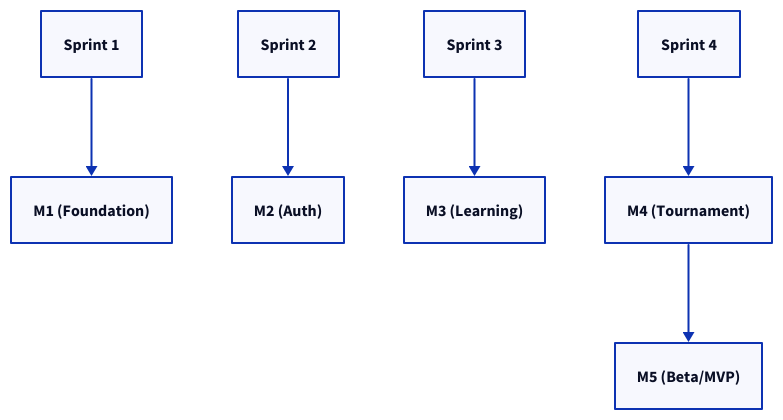
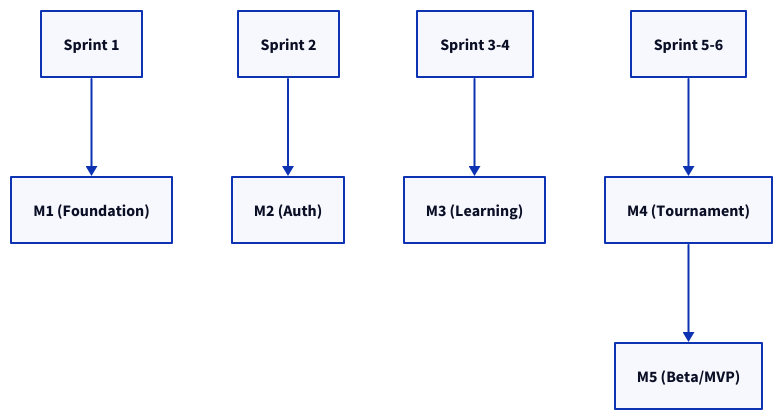
One commit to philongdanh/lms changed the diagram in blueprint/product/roadmap.md. Above: the diagram before and after it, drawn with D2. The commit also changed other lines of this file and 23 other files, not shown here.

````diff
--- a/blueprint/product/roadmap.md
+++ b/blueprint/product/roadmap.md
@@ -41,6 +62,6 @@
 ```d2
 "Sprint 1" -> "M1 (Foundation)"
 "Sprint 2" -> "M2 (Auth)"
-"Sprint 3" -> "M3 (Learning)"
-"Sprint 4" -> "M4 (Tournament)" -> "M5 (Beta/MVP)"
+"Sprint 3-4" -> "M3 (Learning)"
+"Sprint 5-6" -> "M4 (Tournament)" -> "M5 (Beta/MVP)"
 ```
````
